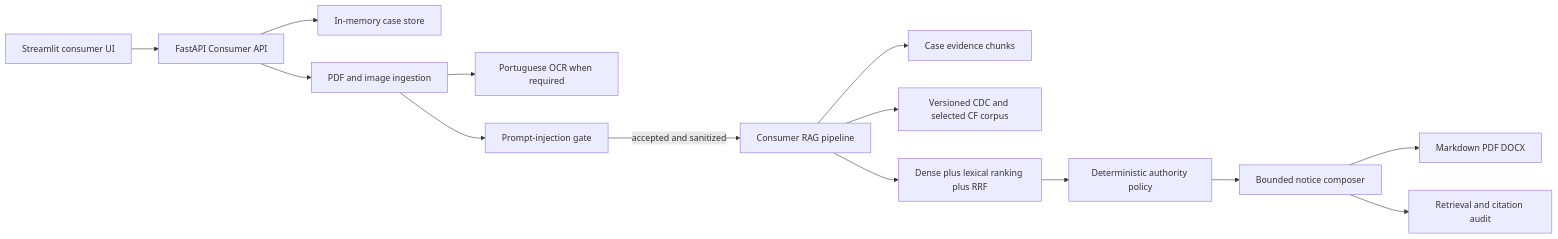
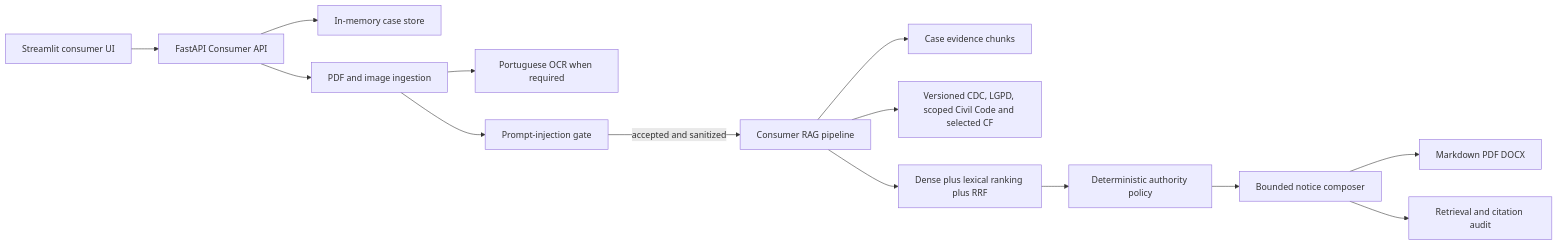
One commit to el-gabri/give-exit changed the diagram in docs/architecture.md. Above: the diagram before and after it, drawn with Mermaid. The commit also changed other lines of this file and 7 other files, not shown here.

First line of the commit message:
docs: record ADR 0016 and document the LGPD and Civil Code corpus

````diff
--- a/docs/architecture.md
+++ b/docs/architecture.md
@@ -12,16 +12,16 @@
 ```mermaid
 flowchart LR
     UI[Streamlit consumer UI] --> API[FastAPI Consumer API]
     API --> CASE[In-memory case store]
     API --> ING[PDF and image ingestion]
     ING --> OCR[Portuguese OCR when required]
     ING --> SEC[Prompt-injection gate]
     SEC -->|accepted and sanitized| RAG[Consumer RAG pipeline]
     RAG --> EVID[Case evidence chunks]
-    RAG --> LAW[Versioned CDC and selected CF corpus]
+    RAG --> LAW[Versioned CDC, LGPD, scoped Civil Code and selected CF]
     RAG --> HYB[Dense plus lexical ranking plus RRF]
     HYB --> POLICY[Deterministic authority policy]
     POLICY --> NOTICE[Bounded notice composer]
     NOTICE --> EXPORT[Markdown PDF DOCX]
     NOTICE --> AUDIT[Retrieval and citation audit]
 ```
````
